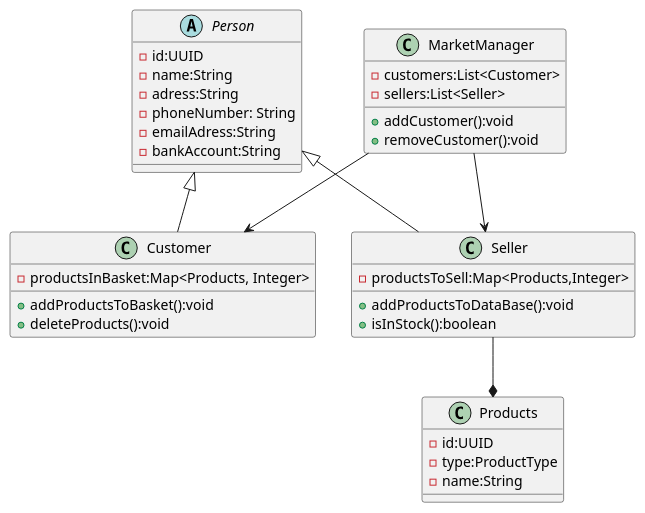
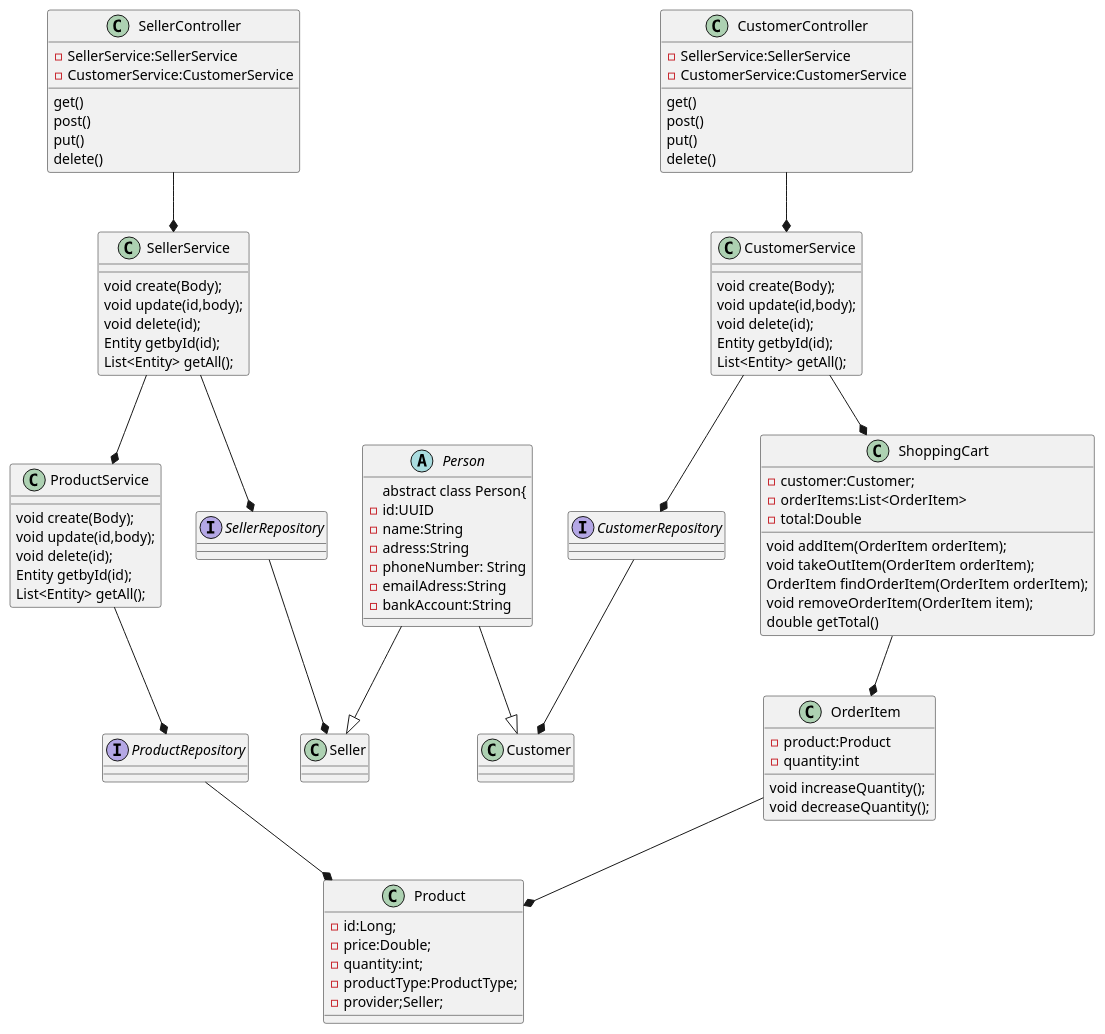
Before and after one commit to Takerazvan/AprozarOnline: the diagram in aprozar/src/main/java/aprozarUML.puml, drawn with PlantUML. The commit also changed 2 other files, not shown here.

```diff
--- a/aprozar/src/main/java/aprozarUML.puml
+++ b/aprozar/src/main/java/aprozarUML.puml
@@ -1,39 +1,102 @@
 @startuml
+abstract class Person{
 abstract class Person{
 -id:UUID
 -name:String
 -adress:String
 -phoneNumber: String
 -emailAdress:String
 -bankAccount:String
-
-}
-class Customer extends Person{
--productsInBasket:Map<Products, Integer>
-+addProductsToBasket():void
-+deleteProducts():void
-
-}
-class Seller extends Person{
--productsToSell:Map<Products,Integer>
-+addProductsToDataBase():void
-+isInStock():boolean
 }
 
-class Products {
--id:UUID
--type:ProductType
--name:String
+class Product{
+-id:Long;
+-price:Double;
+-quantity:int;
+-productType:ProductType;
+-provider;Seller;
 }
 
-class MarketManager{
--customers:List<Customer>
--sellers:List<Seller>
-+addCustomer():void
-+removeCustomer():void
+class Customer{}
+class Seller{}
 
+class OrderItem{
+-product:Product
+-quantity:int
+
+void increaseQuantity();
+void decreaseQuantity();
 }
-MarketManager-->Customer
-MarketManager-->Seller
-Seller--*Products
+
+class ShoppingCart{
+-customer:Customer;
+-orderItems:List<OrderItem>
+-total:Double
+
+void addItem(OrderItem orderItem);
+void takeOutItem(OrderItem orderItem);
+OrderItem findOrderItem(OrderItem orderItem);
+void removeOrderItem(OrderItem item);
+double getTotal()
+}
+interface CustomerRepository{}
+interface SellerRepository{}
+interface ProductRepository{}
+
+class CustomerService{
+void create(Body);
+void update(id,body);
+void delete(id);
+Entity getbyId(id);
+List<Entity> getAll();
+}
+class SellerService{
+void create(Body);
+void update(id,body);
+void delete(id);
+Entity getbyId(id);
+List<Entity> getAll();
+}
+class ProductService{
+void create(Body);
+void update(id,body);
+void delete(id);
+Entity getbyId(id);
+List<Entity> getAll();
+}
+
+class CustomerController{
+-SellerService:SellerService
+-CustomerService:CustomerService
+
+get()
+post()
+put()
+delete()
+}
+
+class SellerController{
+-SellerService:SellerService
+-CustomerService:CustomerService
+
+get()
+post()
+put()
+delete()
+}
+
+Person--|>Customer
+Person--|>Seller
+SellerService--*SellerRepository
+SellerRepository--*Seller
+CustomerService--*CustomerRepository
+CustomerRepository--*Customer
+ProductService--*ProductRepository
+ProductRepository--*Product
+OrderItem--*Product
+ShoppingCart--*OrderItem
+CustomerService--*ShoppingCart
+SellerService--*ProductService
+SellerController--*SellerService
+CustomerController--*CustomerService
 @enduml
```
